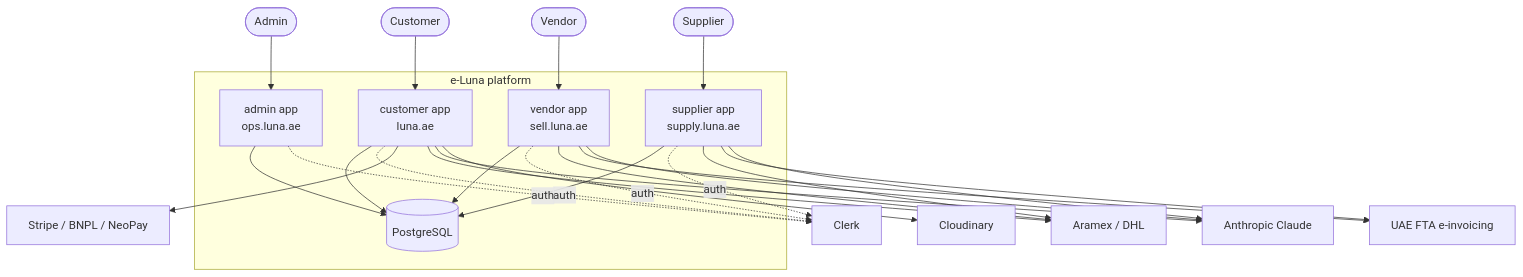
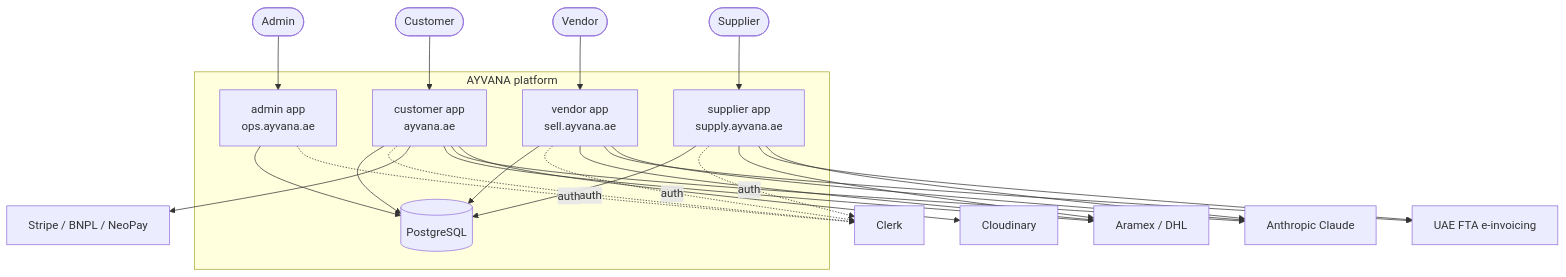
The first of 9 diagrams in docs/architecture/README.md (alialajme/eLuna), drawn with Mermaid before and after one commit. The commit also changed other lines of this file and 333 other files, not shown here.

First line of the commit message:
feat(brand): rebrand e-Luna → AYVANA (The Abaya Marketplace)

````diff
--- a/docs/architecture/README.md
+++ b/docs/architecture/README.md
@@ -18,19 +18,19 @@
 ```mermaid
 graph TB
-  Customer([Customer]) --> C[customer app<br/>luna.ae]
-  Vendor([Vendor]) --> V[vendor app<br/>sell.luna.ae]
-  Admin([Admin]) --> A[admin app<br/>ops.luna.ae]
-  Supplier([Supplier]) --> S[supplier app<br/>supply.luna.ae]
+  Customer([Customer]) --> C[customer app<br/>ayvana.ae]
+  Vendor([Vendor]) --> V[vendor app<br/>sell.ayvana.ae]
+  Admin([Admin]) --> A[admin app<br/>ops.ayvana.ae]
+  Supplier([Supplier]) --> S[supplier app<br/>supply.ayvana.ae]
 
-  subgraph eLuna[e-Luna platform]
+  subgraph eAYVANA[AYVANA platform]
     C & V & A & S --> DB[(PostgreSQL)]
   end
 
   C -. auth .-> Clerk[Clerk]
   V & A & S -. auth .-> Clerk
   C --> Stripe[Stripe / BNPL / NeoPay]
   C & V & S --> Courier[Aramex / DHL]
   S & V --> FTA[UAE FTA e-invoicing]
   C & V & S --> Anthropic[Anthropic Claude]
   C --> Cloudinary[Cloudinary]
 ```
````
